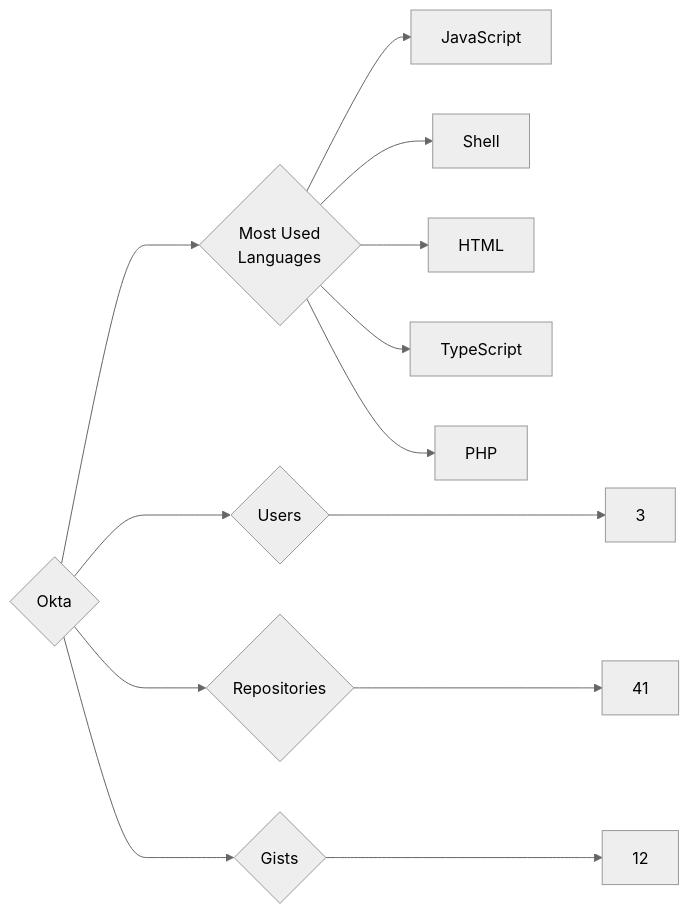
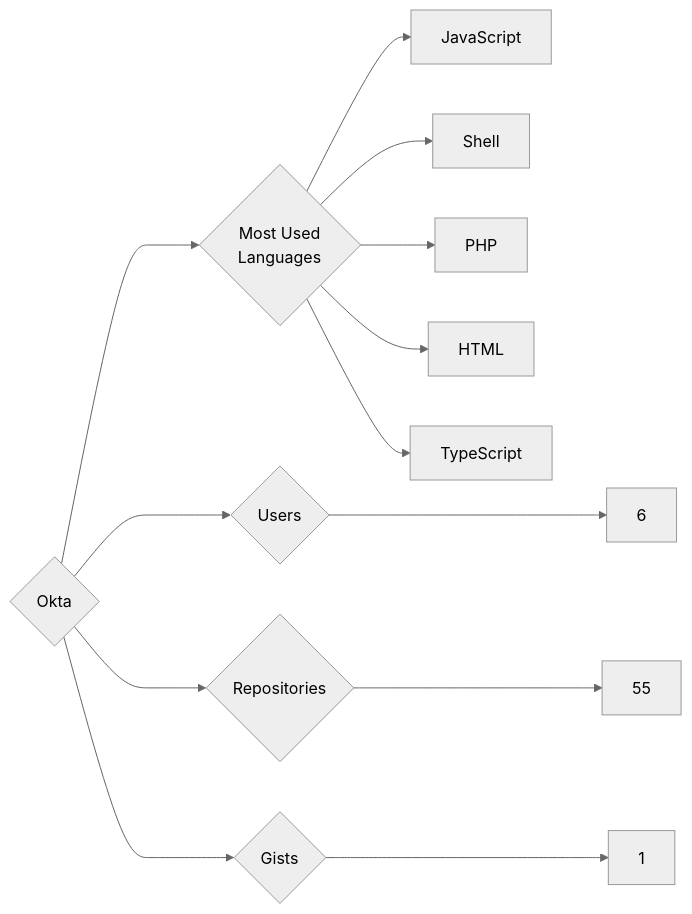
Before and after one commit to trickest/insiders: the diagram in targets/Okta/README.md, drawn with Mermaid (neutral theme). The commit also changed 1389 other files, not shown here.

````diff
--- a/targets/Okta/README.md
+++ b/targets/Okta/README.md
@@ -3,13 +3,13 @@
 ```mermaid
 graph LR
 COMPANY_NAME{Okta}
-COMPANY_NAME ---> U{Users} ---> UN[3]
-COMPANY_NAME ---> R{Repositories} ---> RN[41]
-COMPANY_NAME ---> G{Gists} ---> GN[12]
+COMPANY_NAME ---> U{Users} ---> UN[6]
+COMPANY_NAME ---> R{Repositories} ---> RN[55]
+COMPANY_NAME ---> G{Gists} ---> GN[1]
 COMPANY_NAME ---> ML{Most Used<br>Languages}
 ML --> JavaScript[JavaScript]
 ML --> Shell[Shell]
+ML --> PHP[PHP]
 ML --> HTML[HTML]
 ML --> TypeScript[TypeScript]
-ML --> PHP[PHP]
 ```
````
